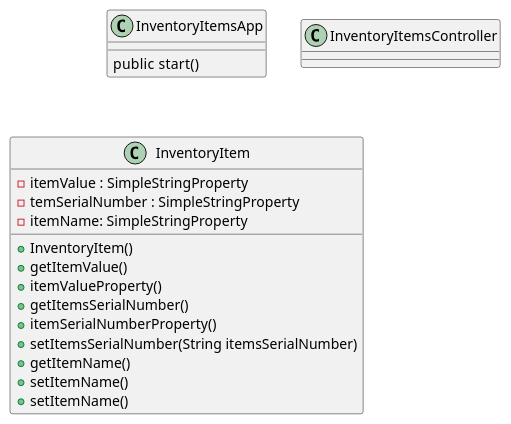
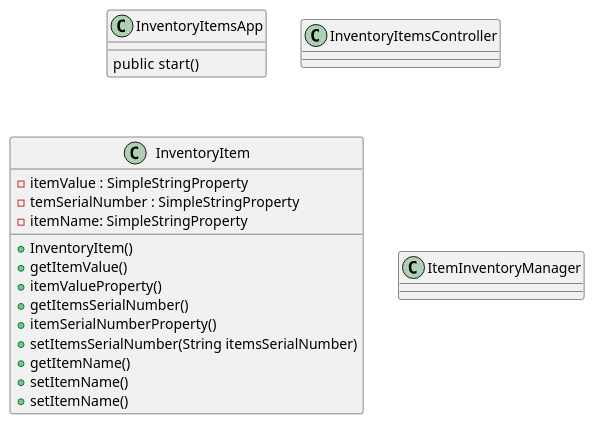
The diagram in UML/Diagrame.puml (Asad006/Ma5), drawn with PlantUML before and after one commit. The commit also changed 6 other files, not shown here.

```diff
--- a/UML/Diagrame.puml
+++ b/UML/Diagrame.puml
@@ -1,23 +1,26 @@
 @startuml
 
 class InventoryItemsApp  {
     public  start()
     }
 class InventoryItemsController {
 
 }
 class InventoryItem{
     - itemValue : SimpleStringProperty
     - temSerialNumber : SimpleStringProperty
     - itemName: SimpleStringProperty
     + InventoryItem()
     + getItemValue()
     + itemValueProperty()
     + getItemsSerialNumber()
     + itemSerialNumberProperty()
     + setItemsSerialNumber(String itemsSerialNumber)
     + getItemName()
     + setItemName()
     + setItemName()
 }
+class ItemInventoryManager {
+
+}
 @enduml
```
